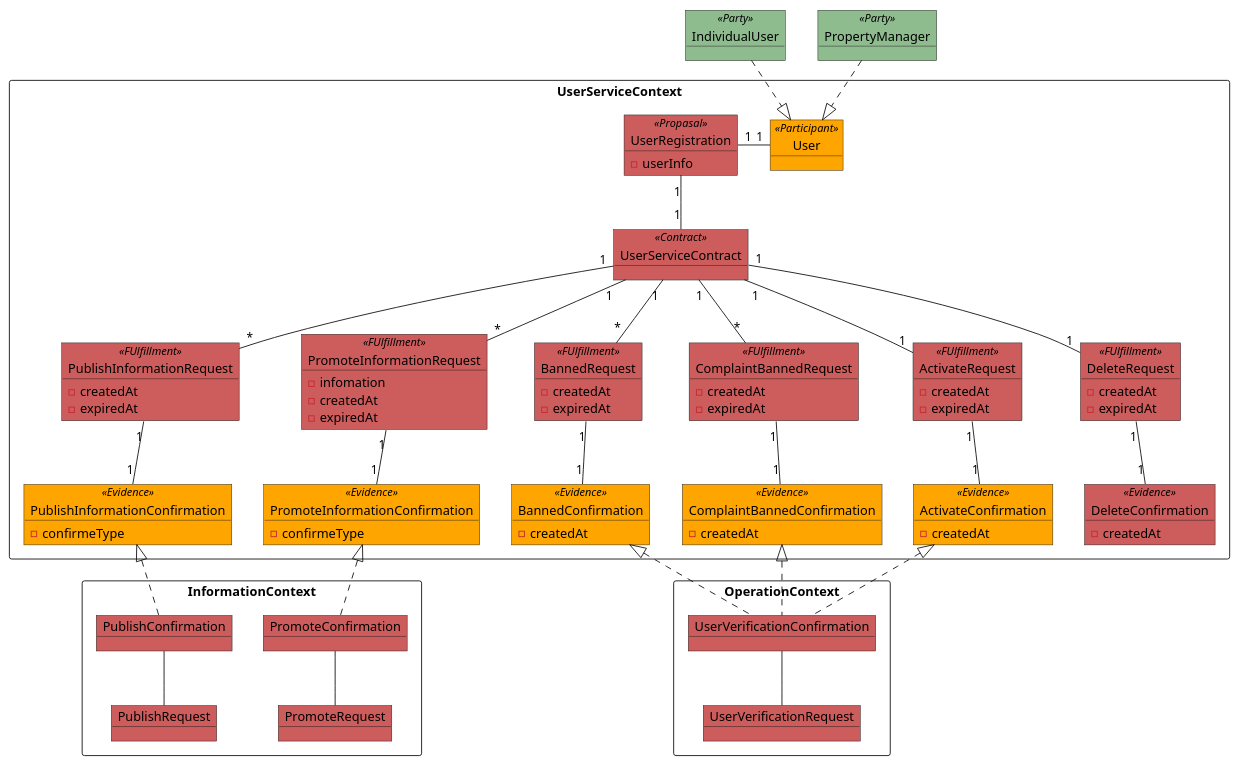
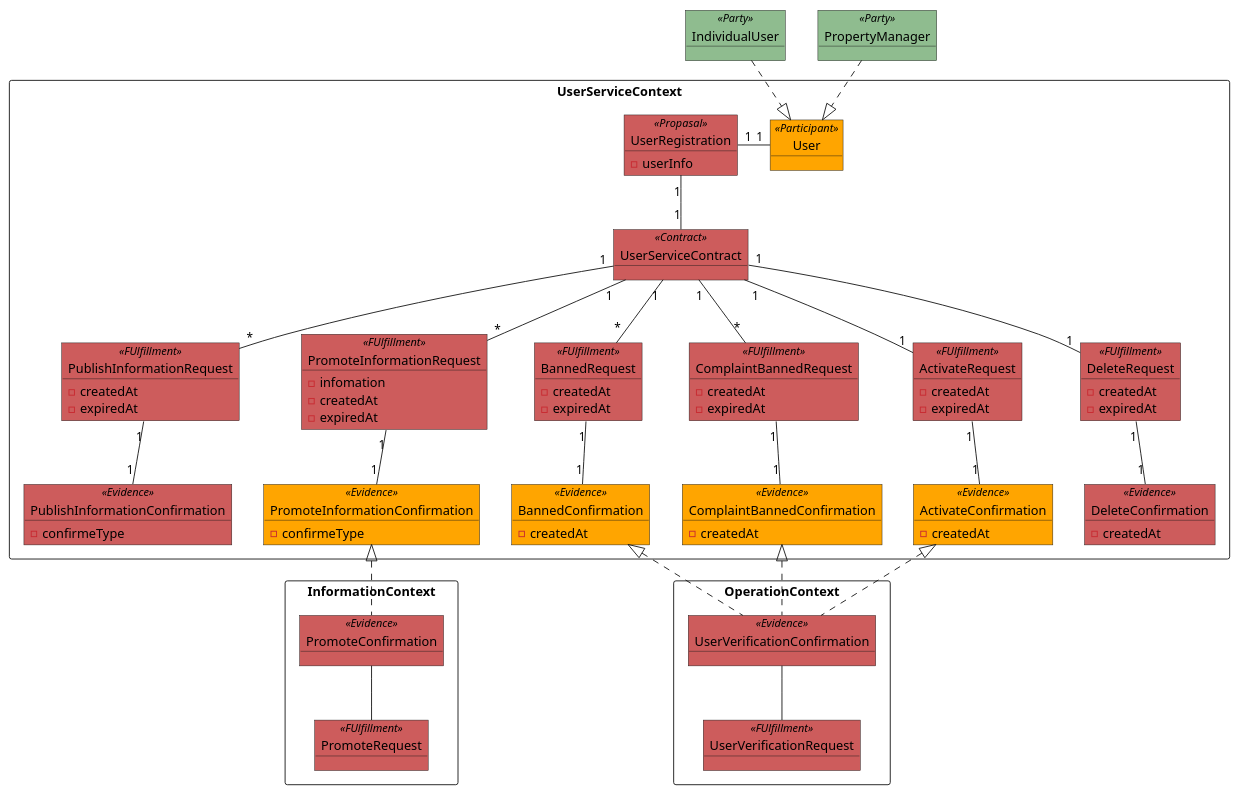
Before and after one commit to scglwsj/seele: the first of 3 diagrams in 8x/thought_tenement.puml, drawn with PlantUML. The commit also changed other lines of this file, not shown here.

```diff
--- a/8x/thought_tenement.puml
+++ b/8x/thought_tenement.puml
@@ -1,108 +1,104 @@
 @startuml user_service
 package UserServiceContext <<Rectangle>>{
   object User <<Participant>> #Orange
   object UserServiceContract <<Contract>> #IndianRed
 
   object UserRegistration <<Propasal>> #IndianRed {
     - userInfo
   }
 
   object PublishInformationRequest <<FUlfillment>> #IndianRed {
     - createdAt
     - expiredAt
   }
 
-  object PublishInformationConfirmation <<Evidence>> #Orange {
+  object PublishInformationConfirmation <<Evidence>> #IndianRed {
     - confirmeType
   }
 
   object PromoteInformationRequest <<FUlfillment>> #IndianRed {
     - infomation
     - createdAt
     - expiredAt
   }
 
   object PromoteInformationConfirmation <<Evidence>> #Orange {
     - confirmeType
   }
 
   object BannedRequest <<FUlfillment>> #IndianRed {
     - createdAt
     - expiredAt
   }
 
   object BannedConfirmation <<Evidence>> #Orange {
     - createdAt
   }
 
   object ComplaintBannedRequest <<FUlfillment>> #IndianRed {
     - createdAt
     - expiredAt
   }
 
   object ComplaintBannedConfirmation <<Evidence>> #Orange {
     - createdAt
   }
 
   object ActivateRequest <<FUlfillment>> #IndianRed {
     - createdAt
     - expiredAt
   }
 
   object ActivateConfirmation <<Evidence>> #Orange {
     - createdAt
   }
 
   object DeleteRequest <<FUlfillment>> #IndianRed {
     - createdAt
     - expiredAt
   }
 
   object DeleteConfirmation <<Evidence>> #IndianRed {
     - createdAt
   }
 
   User "1" -left- "1" UserRegistration
   UserRegistration "1" -- "1" UserServiceContract
   UserServiceContract "1" -- "*" PublishInformationRequest
   PublishInformationRequest "1" -- "1" PublishInformationConfirmation
   UserServiceContract "1" -- "*" PromoteInformationRequest
   PromoteInformationRequest "1" -- "1" PromoteInformationConfirmation
   UserServiceContract "1" -- "1" DeleteRequest
   DeleteRequest "1" -- "1" DeleteConfirmation
   UserServiceContract "1" -- "*" BannedRequest
   BannedRequest "1" -- "1" BannedConfirmation
   UserServiceContract "1" -- "1" ActivateRequest
   ActivateRequest "1" -- "1" ActivateConfirmation
   UserServiceContract "1" -- "*" ComplaintBannedRequest
   ComplaintBannedRequest "1" -- "1" ComplaintBannedConfirmation
 }
 
 package InformationContext <<Rectangle>> {
-  object PublishRequest #IndianRed
-  object PublishConfirmation  #IndianRed
-  object PromoteRequest #IndianRed
-  object PromoteConfirmation #IndianRed
+  object PromoteRequest <<FUlfillment>> #IndianRed
+  object PromoteConfirmation <<Evidence>> #IndianRed
 
   PromoteConfirmation -- PromoteRequest
-  PublishConfirmation -- PublishRequest
 }
 
 package OperationContext <<Rectangle>> {
-  object UserVerificationRequest #IndianRed
-  object UserVerificationConfirmation #IndianRed
+  object UserVerificationRequest <<FUlfillment>> #IndianRed
+  object UserVerificationConfirmation <<Evidence>> #IndianRed
   UserVerificationConfirmation --  UserVerificationRequest
 }
 
 object IndividualUser <<Party>> #DarkSeaGreen
 object PropertyManager <<Party>> #DarkSeaGreen
 
 
 IndividualUser ..^ User
 PropertyManager ..^ User
-PublishInformationConfirmation ^.. PublishConfirmation
 PromoteInformationConfirmation ^.. PromoteConfirmation
 ActivateConfirmation ^.. UserVerificationConfirmation
 BannedConfirmation ^.. UserVerificationConfirmation
 ComplaintBannedConfirmation ^.. UserVerificationConfirmation
 @enduml
```
